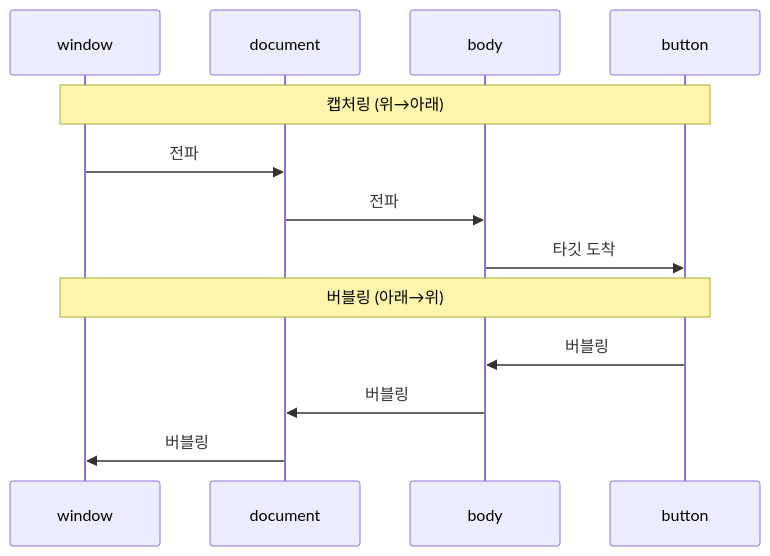
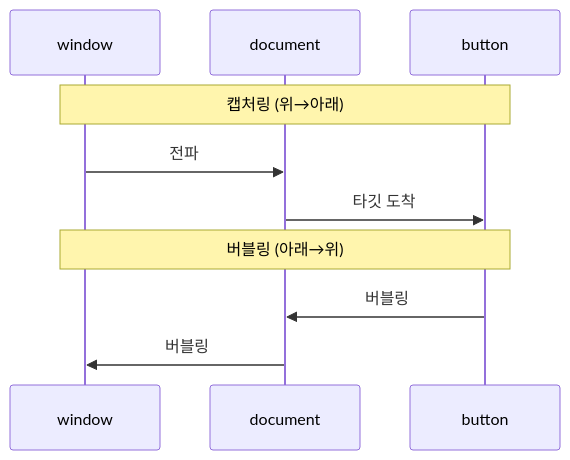
The eighth of 8 diagrams in _posts/frontend/2026-05-01-browser-rendering.md (yjkim2015/yjkim2015.github.io), drawn with Mermaid before and after one commit. The commit also changed other lines of this file and 155 other files, not shown here.

First line of the commit message:
Mermaid 전면 수정: subgraph 제거, participant/노드/줄수 축소 (342블록)

````diff
--- a/_posts/frontend/2026-05-01-browser-rendering.md
+++ b/_posts/frontend/2026-05-01-browser-rendering.md
@@ -419,15 +413,12 @@
 ```mermaid
 sequenceDiagram
     participant WIN as window
     participant DOC as document
-    participant BODY as body
     participant BTN as button
     Note over WIN,BTN: 캡처링 (위→아래)
     WIN->>DOC: 전파
-    DOC->>BODY: 전파
-    BODY->>BTN: 타깃 도착
+    DOC->>BTN: 타깃 도착
     Note over WIN,BTN: 버블링 (아래→위)
-    BTN->>BODY: 버블링
-    BODY->>DOC: 버블링
+    BTN->>DOC: 버블링
     DOC->>WIN: 버블링
 ```
````
